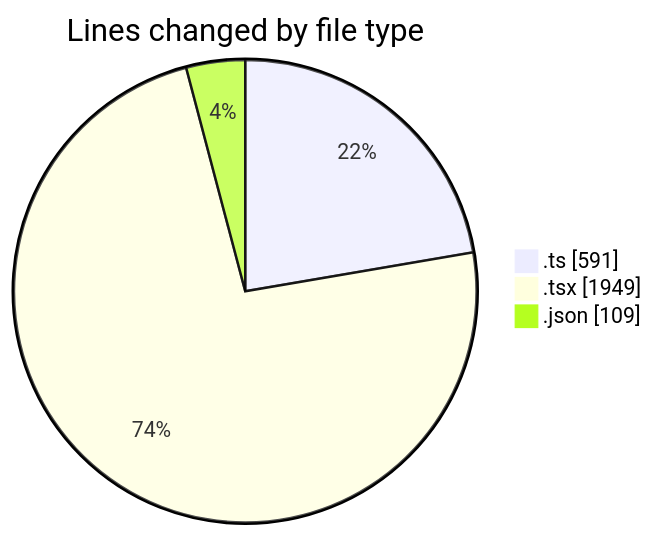
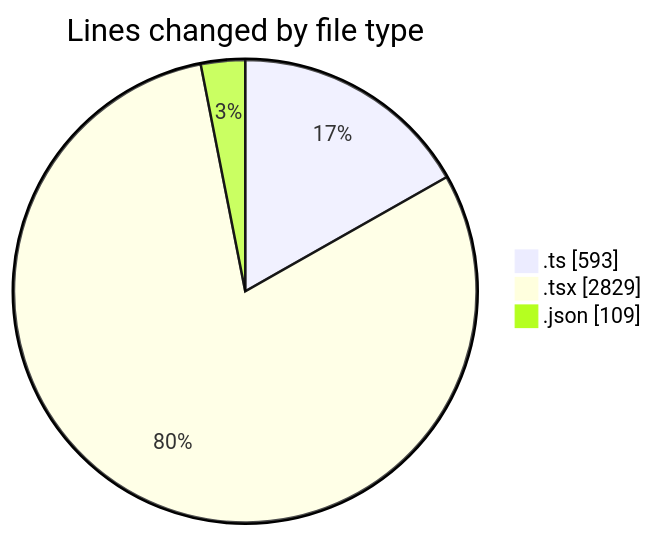
Before and after one commit to momahboobian/code-tracking: the first of 2 diagrams in 2025-07-04/cda/README.md, drawn with Mermaid. The commit also changed other lines of this file and 1 other file, not shown here.

````diff
--- a/2025-07-04/cda/README.md
+++ b/2025-07-04/cda/README.md
@@ -28,7 +29,7 @@
 ```mermaid
 pie showData
 title Lines changed by file type
-".ts" : 591
-".tsx" : 1949
+".ts" : 593
+".tsx" : 2829
 ".json" : 109
 ```
````
